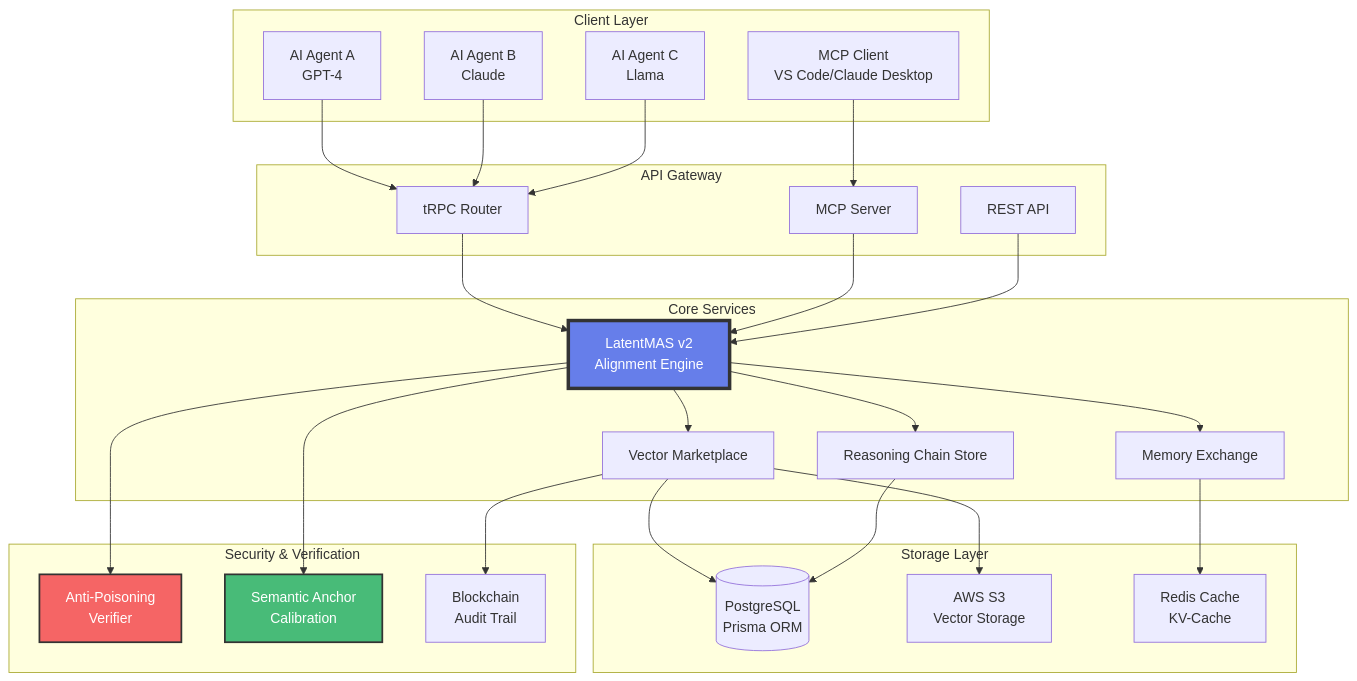
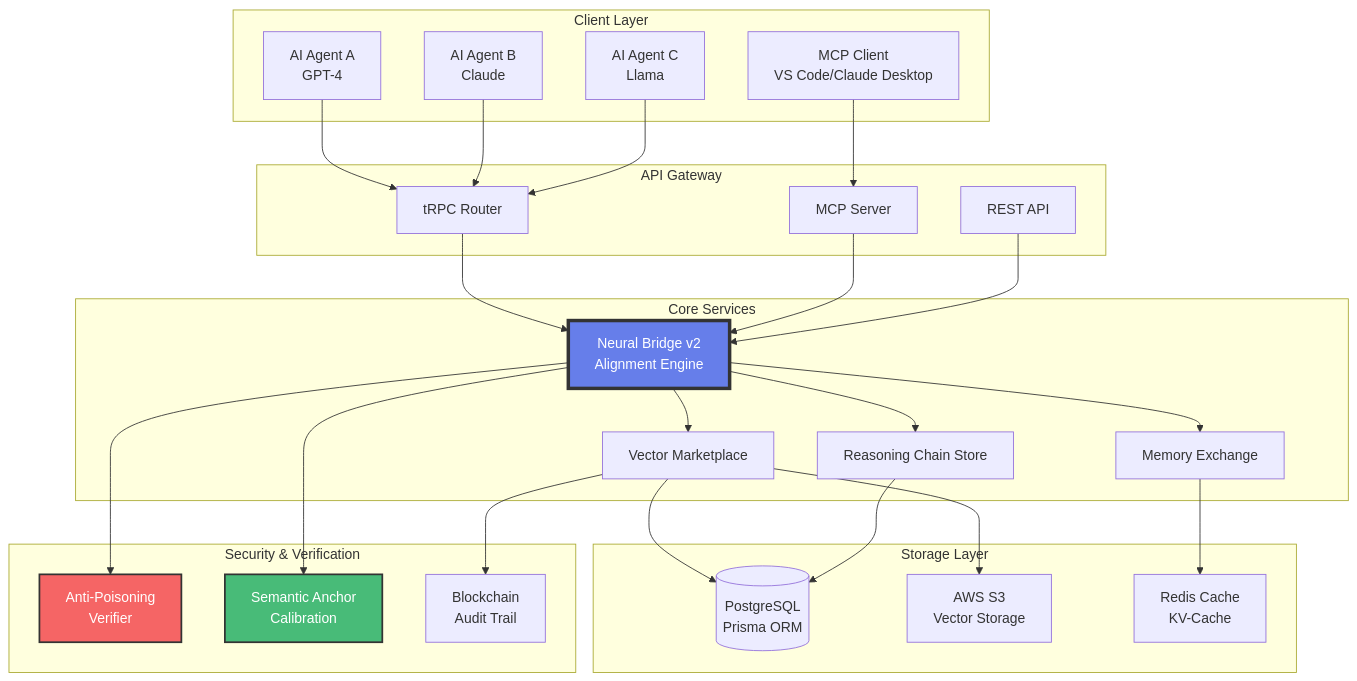
The diagram in README.md (everest-an/Awareness-Market), drawn with Mermaid before and after one commit. The commit also changed other lines of this file and 170 other files, not shown here.

First line of the commit message:
chore: replace LatentMAS with Neural Bridge across all public-facing content

````diff
--- a/README.md
+++ b/README.md
@@ -36,56 +36,56 @@
 ```mermaid
 graph TB
     subgraph "Client Layer"
         A[AI Agent A<br/>GPT-4]
         B[AI Agent B<br/>Claude]
         C[AI Agent C<br/>Llama]
         D[MCP Client<br/>VS Code/Claude Desktop]
     end
     
     subgraph "API Gateway"
         E[tRPC Router]
         F[MCP Server]
         G[REST API]
     end
     
     subgraph "Core Services"
-        H[LatentMAS v2<br/>Alignment Engine]
+        H[Neural Bridge v2<br/>Alignment Engine]
         I[Vector Marketplace]
         J[Memory Exchange]
         K[Reasoning Chain Store]
     end
     
     subgraph "Storage Layer"
       L[(PostgreSQL<br/>Prisma ORM)]
         M[AWS S3<br/>Vector Storage]
         N[Redis Cache<br/>KV-Cache]
     end
     
     subgraph "Security & Verification"
         O[Anti-Poisoning<br/>Verifier]
         P[Semantic Anchor<br/>Calibration]
         Q[Blockchain<br/>Audit Trail]
     end
     
     A --> E
     B --> E
     C --> E
     D --> F
     E --> H
     F --> H
     G --> H
     H --> I
     H --> J
     H --> K
     I --> L
     I --> M
     J --> N
     K --> L
     H --> O
     H --> P
     I --> Q
     
     style H fill:#667eea,stroke:#333,stroke-width:4px,color:#fff
     style O fill:#f56565,stroke:#333,stroke-width:2px,color:#fff
     style P fill:#48bb78,stroke:#333,stroke-width:2px,color:#fff
 ```
````
